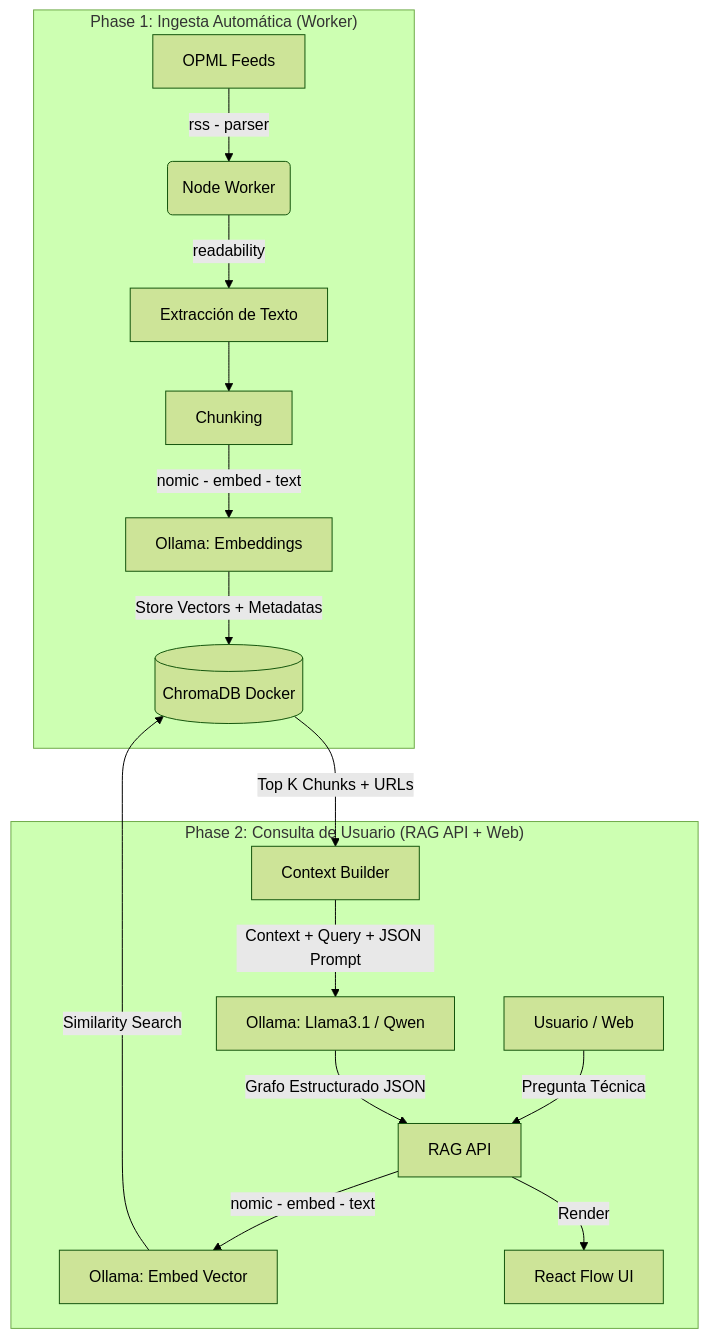
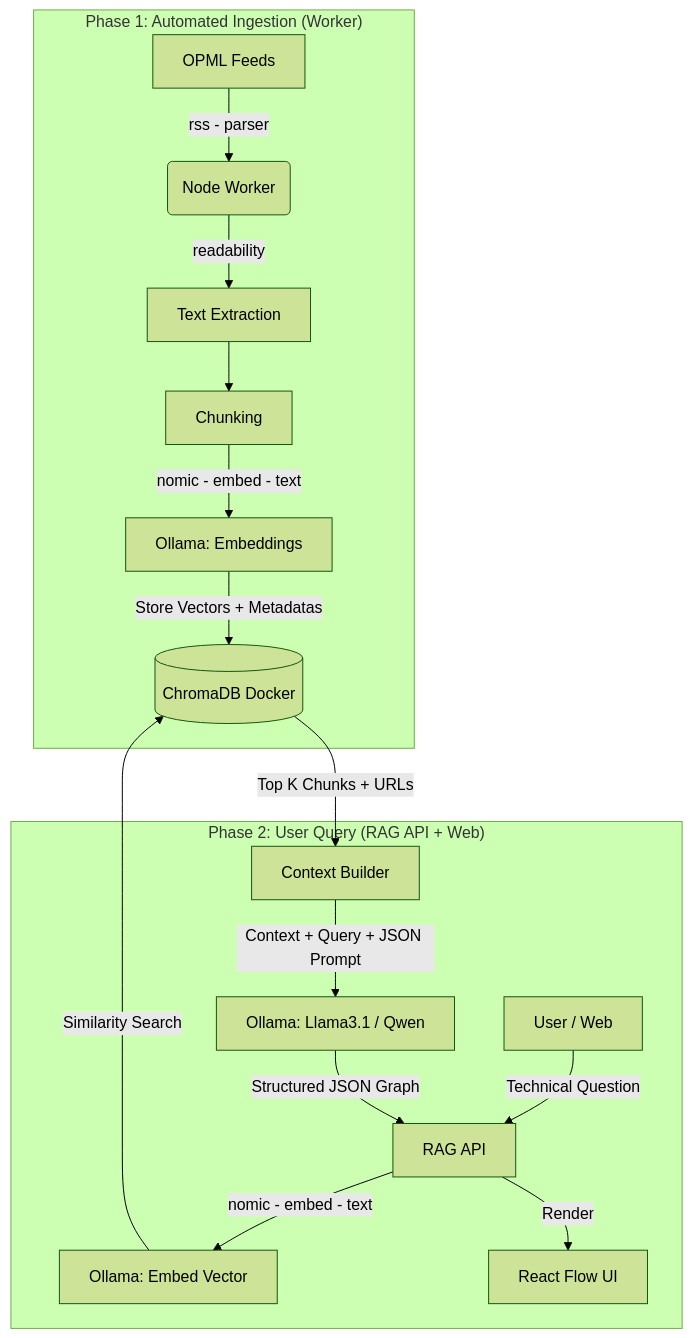
Before and after one commit to ivangrod/thenodewalk: the diagram in deliverables/gh-1/tech_plan.md, drawn with Mermaid (forest theme). The commit also changed other lines of this file and 2 other files, not shown here.

````diff
--- a/deliverables/gh-1/tech_plan.md
+++ b/deliverables/gh-1/tech_plan.md
@@ -79,20 +79,20 @@
 ```mermaid
 graph TD
-  subgraph "Phase 1: Ingesta Automática (Worker)"
+  subgraph "Phase 1: Automated Ingestion (Worker)"
     A[OPML Feeds] -->|rss - parser| B(Node Worker)
-    B -->|readability| C[Extracción de Texto]
+    B -->|readability| C[Text Extraction]
     C --> D[Chunking]
     D -->|nomic - embed - text| E[Ollama: Embeddings]
     E -->|Store Vectors + Metadatas| F[(ChromaDB Docker)]
   end
 
-  subgraph "Phase 2: Consulta de Usuario (RAG API + Web)"
-    G[Usuario / Web] -->|Pregunta Técnica| H[RAG API]
+  subgraph "Phase 2: User Query (RAG API + Web)"
+    G[User / Web] -->|Technical Question| H[RAG API]
     H -->|nomic - embed - text| I[Ollama: Embed Vector]
     I -->|Similarity Search| F
     F -->|Top K Chunks + URLs| J[Context Builder]
     J -->|Context + Query + JSON Prompt| K[Ollama: Llama3.1 / Qwen]
-    K -->|Grafo Estructurado JSON| H
+    K -->|Structured JSON Graph| H
     H -->|Render| L[React Flow UI]
   end
 ```
````
